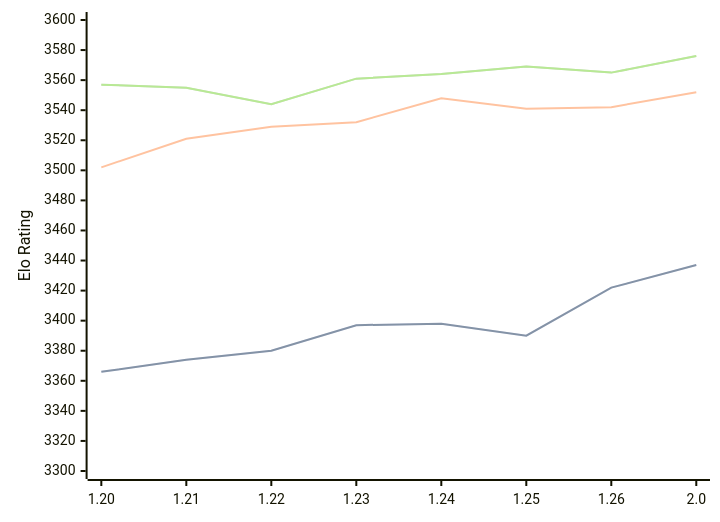
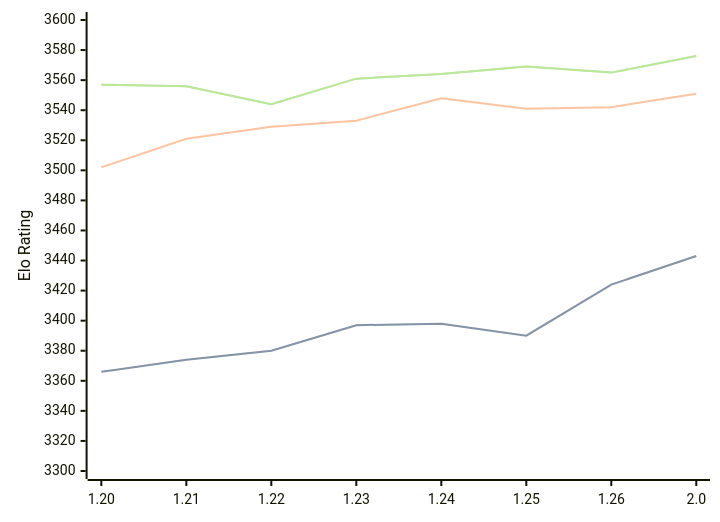
Before and after one commit to computer-chess-index/cci: the diagram in engines/Caissa.md, drawn with Mermaid. The commit also changed other lines of this file, not shown here.

Commit message:
Update CCI Ratings (ELO VLTC) - 2026-10-07

````diff
--- a/engines/Caissa.md
+++ b/engines/Caissa.md
@@ -38,11 +38,11 @@
 ```mermaid
 %%{init: {"theme":"base","themeVariables":{"seriesColors:['#a3a3a3','#222221','#faa371']}}}%%
 xychart-beta
   x-axis ["1.20", "1.21", "1.22", "1.23", "1.24", "1.25", "1.26", "2.0"]
   y-axis "Elo Rating" 3300 --> 3600
-  line "" [3366, 3374, 3380, 3397, 3398, 3390, 3422, 3437]
-  line "STC (8.0+0.08s)" [3366, 3374, 3380, 3397, 3398, 3390, 3422, 3437]
-  line "LTC (60.0+0.60s)" [3502, 3521, 3529, 3532, 3548, 3541, 3542, 3552]
-  line "" [3557, 3555, 3544, 3561, 3564, 3569, 3565, 3576]
-  line "VLTC (2m24s+1.12s)" [3557, 3555, 3544, 3561, 3564, 3569, 3565, 3576]
+  line "" [3366, 3374, 3380, 3397, 3398, 3390, 3424, 3443]
+  line "STC (8.0+0.08s)" [3366, 3374, 3380, 3397, 3398, 3390, 3424, 3443]
+  line "LTC (60.0+0.60s)" [3502, 3521, 3529, 3533, 3548, 3541, 3542, 3551]
+  line "" [3557, 3556, 3544, 3561, 3564, 3569, 3565, 3576]
+  line "VLTC (2m24s+1.12s)" [3557, 3556, 3544, 3561, 3564, 3569, 3565, 3576]
 ```
````
